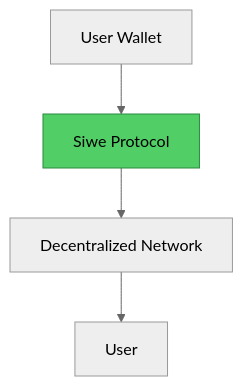
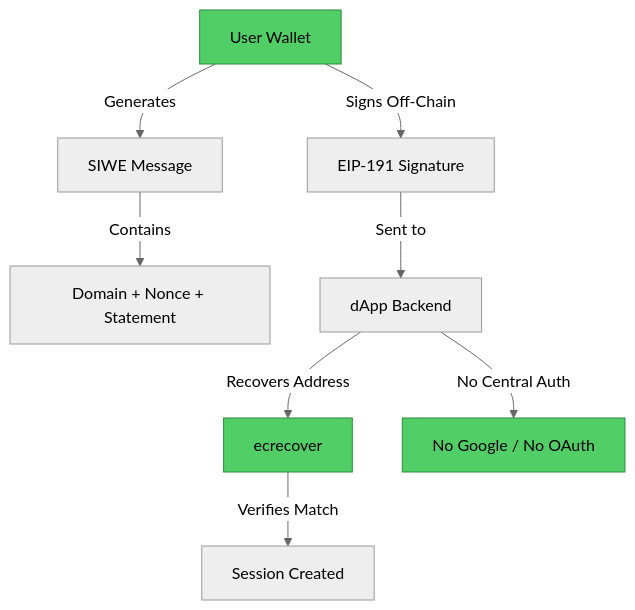
The second of 2 diagrams in 06-identity/01-google-login-to-siwe.md (Elvatar2/Web2-To-Web3-Migration-Guide), drawn with Mermaid (neutral theme) before and after one commit. The commit also changed other lines of this file, not shown here.

````diff
--- a/06-identity/01-google-login-to-siwe.md
+++ b/06-identity/01-google-login-to-siwe.md
@@ -63,8 +81,14 @@
 ```mermaid
 graph TB
-    A[User Wallet] --> B[Siwe Protocol]
-    B --> C[Decentralized Network]
-    C --> D[User]
+    A[User Wallet] -->|Generates| B[SIWE Message]
+    B -->|Contains| C[Domain + Nonce + Statement]
+    A -->|Signs Off-Chain| D[EIP-191 Signature]
+    D -->|Sent to| E[dApp Backend]
+    E -->|Recovers Address| F[ecrecover]
+    F -->|Verifies Match| G[Session Created]
+    E -->|No Central Auth| H[No Google / No OAuth]
 
-    style B fill:#51cf66,stroke:#2b8a3e
+    style A fill:#51cf66,stroke:#2b8a3e
+    style F fill:#51cf66,stroke:#2b8a3e
+    style H fill:#51cf66,stroke:#2b8a3e
 ```
````
